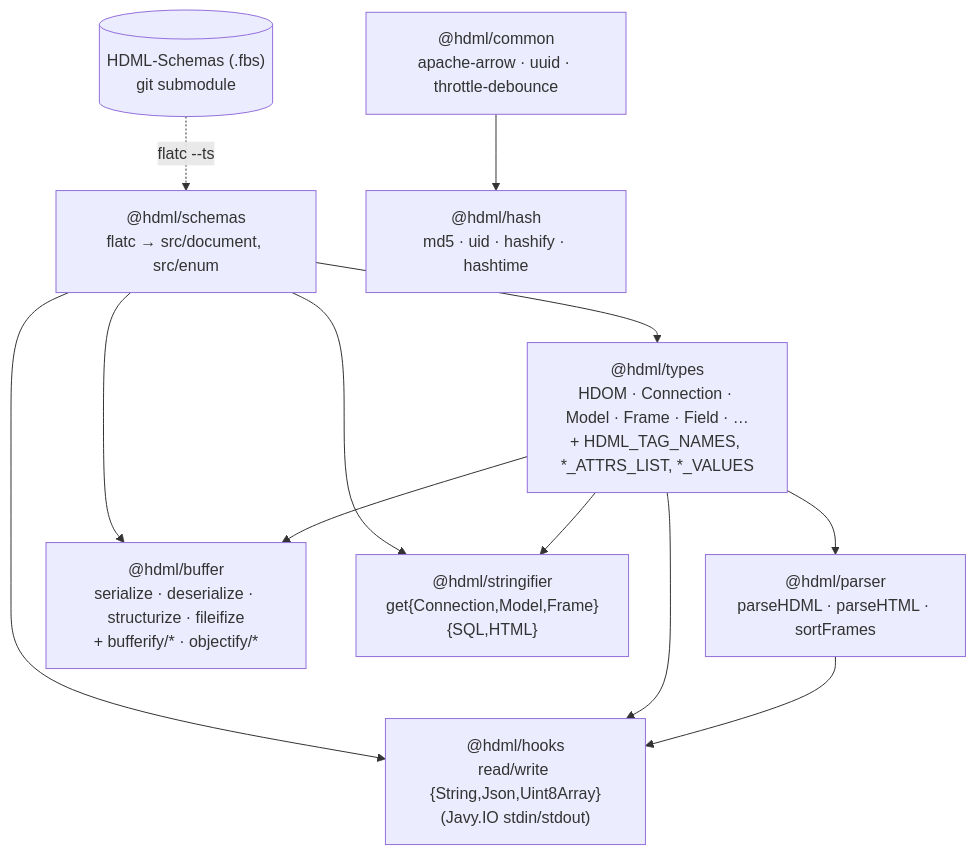
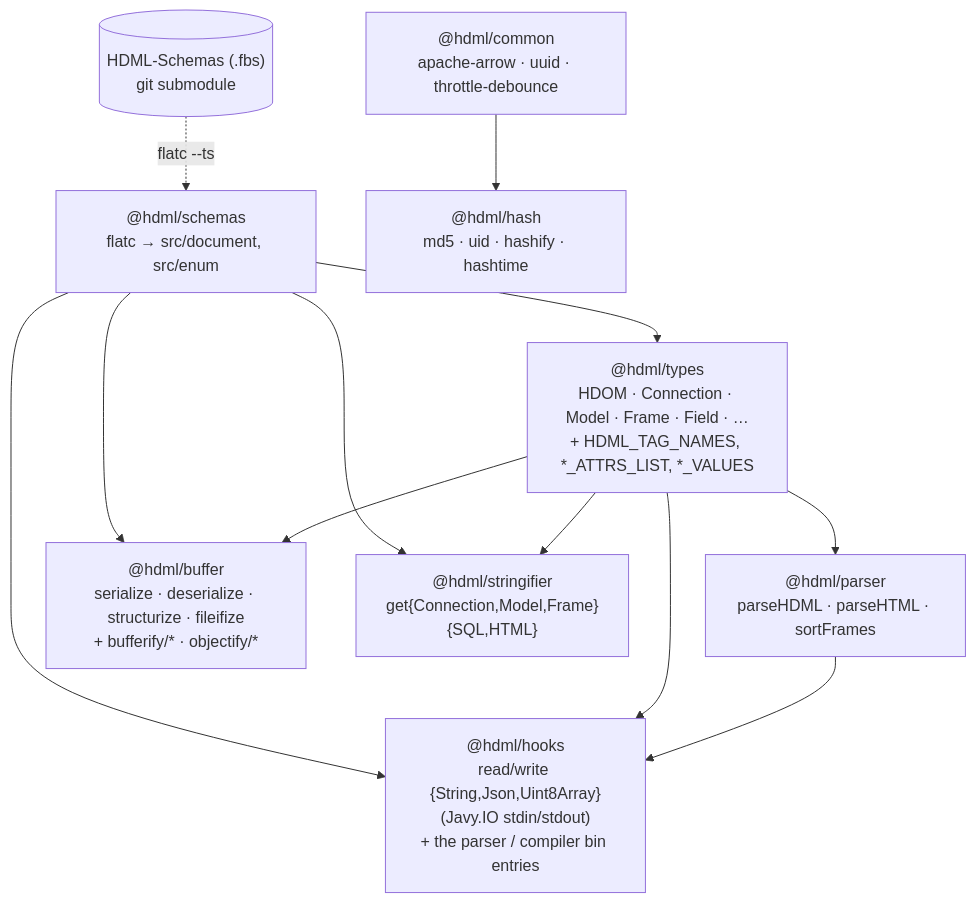
One commit to HDML-Foundation/HDML-Utilities-TS changed the first of 2 diagrams in docs/architecture.md. Above: the diagram before and after it, drawn with Mermaid. The commit also changed other lines of this file and 11 other files, not shown here.

````diff
--- a/docs/architecture.md
+++ b/docs/architecture.md
@@ -21,24 +21,24 @@
 ```mermaid
 flowchart TD
     fbs[("HDML-Schemas (.fbs)<br/>git submodule")]
     schemas["@hdml/schemas<br/>flatc → src/document, src/enum"]
     common["@hdml/common<br/>apache-arrow · uuid · throttle-debounce"]
     hash["@hdml/hash<br/>md5 · uid · hashify · hashtime"]
     types["@hdml/types<br/>HDOM · Connection · Model · Frame · Field · …<br/>+ HDML_TAG_NAMES, *_ATTRS_LIST, *_VALUES"]
     parser["@hdml/parser<br/>parseHDML · parseHTML · sortFrames"]
     buffer["@hdml/buffer<br/>serialize · deserialize · structurize · fileifize<br/>+ bufferify/* · objectify/*"]
     stringifier["@hdml/stringifier<br/>get{Connection,Model,Frame}{SQL,HTML}"]
-    hooks["@hdml/hooks<br/>read/write {String,Json,Uint8Array}<br/>(Javy.IO stdin/stdout)"]
+    hooks["@hdml/hooks<br/>read/write {String,Json,Uint8Array}<br/>(Javy.IO stdin/stdout)<br/>+ the parser / compiler bin entries"]
 
     fbs -. "flatc --ts" .-> schemas
     schemas --> types
     schemas --> buffer
     schemas --> stringifier
     schemas --> hooks
     types --> parser
     types --> buffer
     types --> stringifier
     types --> hooks
     parser --> hooks
     common --> hash
 ```
````
